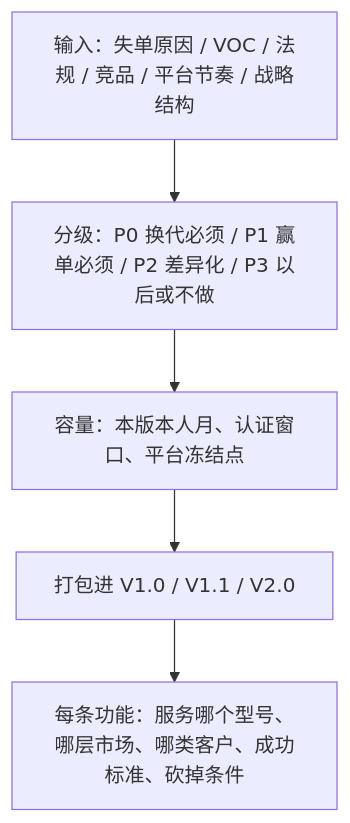
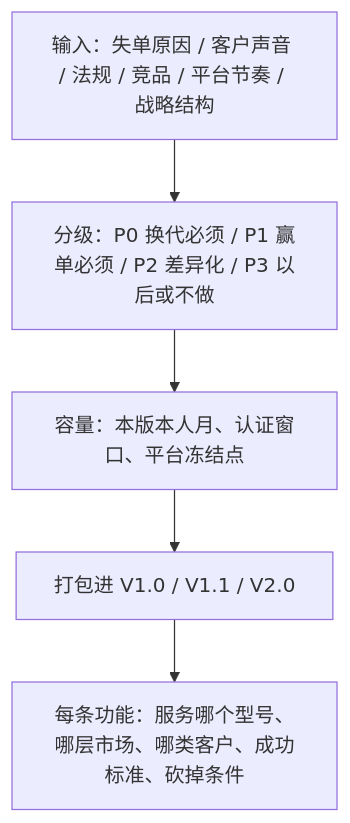
One commit to analyst2004lx/paper01 changed diagram 18 of 29 in 产品管理/战略和产品管理.md. Above: the diagram before and after it, drawn with Mermaid. The commit also changed other lines of this file and 2 other files, not shown here.

````diff
--- a/产品管理/战略和产品管理.md
+++ b/产品管理/战略和产品管理.md
@@ -1636,7 +1641,7 @@
 ```mermaid
 flowchart TD
-    IN["输入：失单原因 / VOC / 法规 / 竞品 / 平台节奏 / 战略结构"] --> CL["分级：P0 换代必须 / P1 赢单必须 / P2 差异化 / P3 以后或不做"]
+    IN["输入：失单原因 / 客户声音 / 法规 / 竞品 / 平台节奏 / 战略结构"] --> CL["分级：P0 换代必须 / P1 赢单必须 / P2 差异化 / P3 以后或不做"]
     CL --> CAP["容量：本版本人月、认证窗口、平台冻结点"]
     CAP --> PACK["打包进 V1.0 / V1.1 / V2.0"]
     PACK --> OUT["每条功能：服务哪个型号、哪层市场、哪类客户、成功标准、砍掉条件"]
 ```
````
